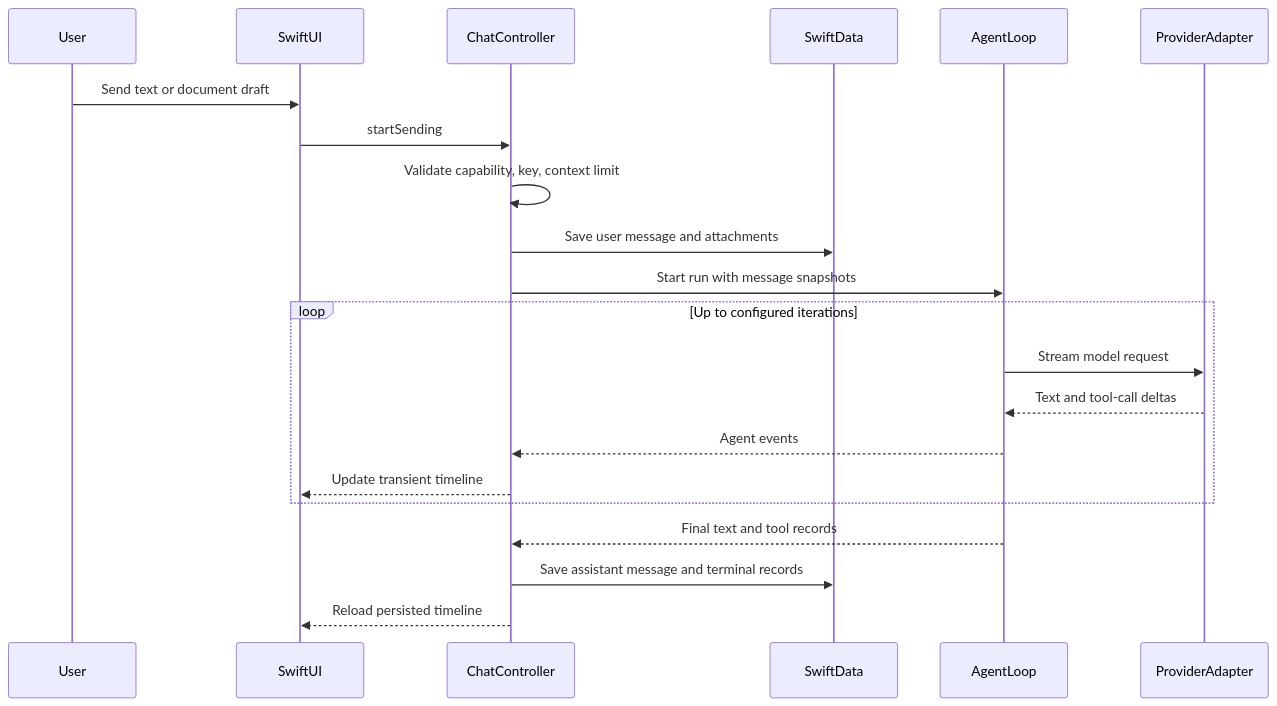
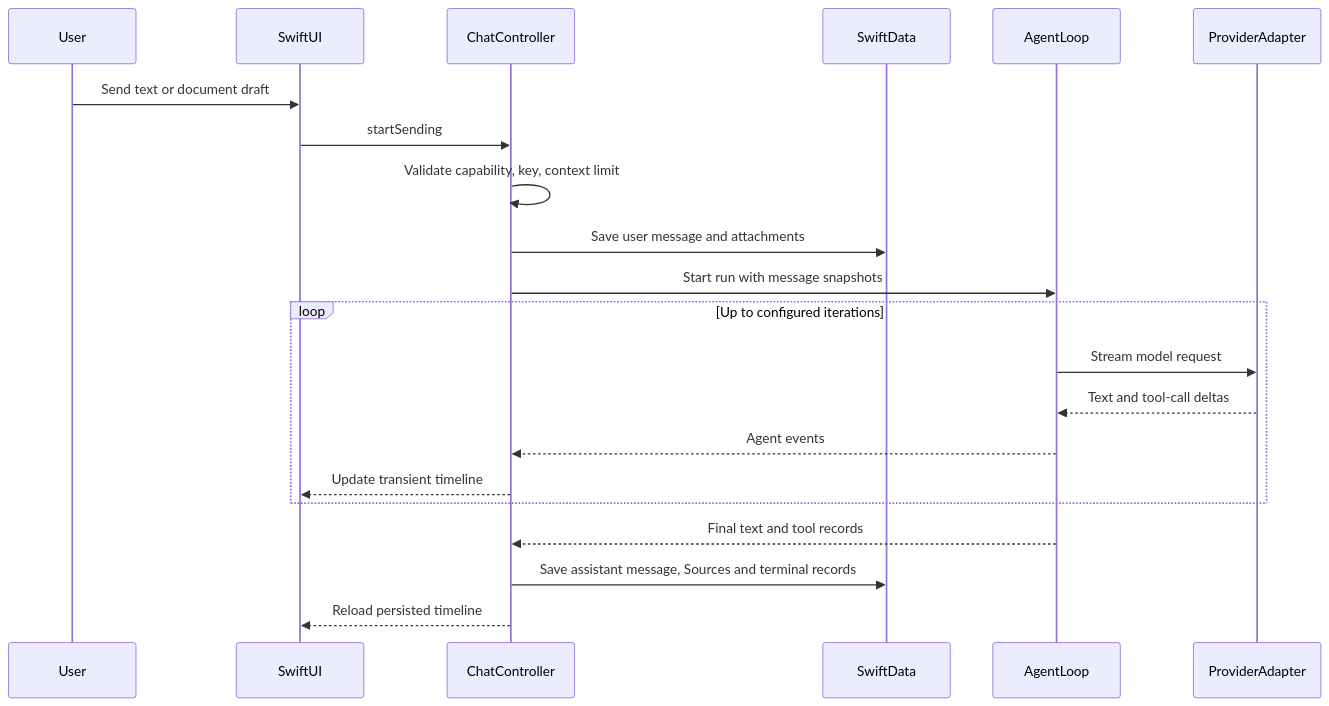
One commit to IsaacHuo/Familiar changed the diagram in Docs/02-system-architecture.md. Above: the diagram before and after it, drawn with Mermaid. The commit also changed other lines of this file and 49 other files, not shown here.

````diff
--- a/Docs/02-system-architecture.md
+++ b/Docs/02-system-architecture.md
@@ -332,24 +358,24 @@
 ```mermaid
 sequenceDiagram
     participant U as User
     participant V as SwiftUI
     participant C as ChatController
     participant S as SwiftData
     participant A as AgentLoop
     participant P as ProviderAdapter
 
     U->>V: Send text or document draft
     V->>C: startSending
     C->>C: Validate capability, key, context limit
     C->>S: Save user message and attachments
     C->>A: Start run with message snapshots
     loop Up to configured iterations
         A->>P: Stream model request
         P-->>A: Text and tool-call deltas
         A-->>C: Agent events
         C-->>V: Update transient timeline
     end
     A-->>C: Final text and tool records
-    C->>S: Save assistant message and terminal records
+    C->>S: Save assistant message, Sources and terminal records
     C-->>V: Reload persisted timeline
 ```
````
